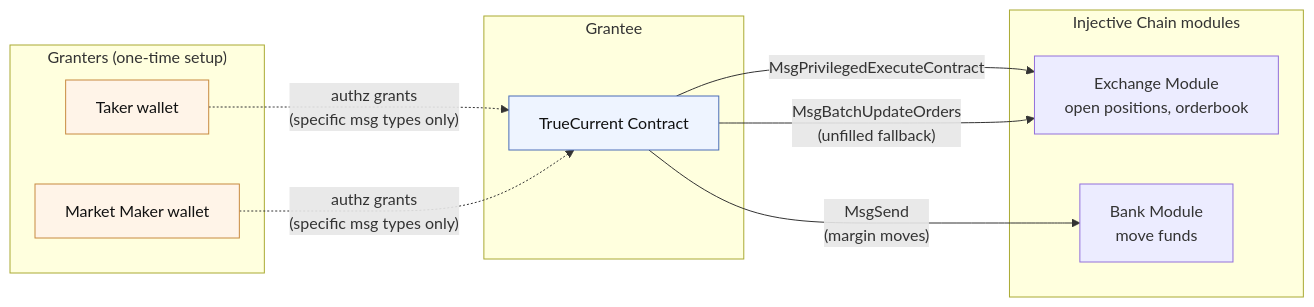
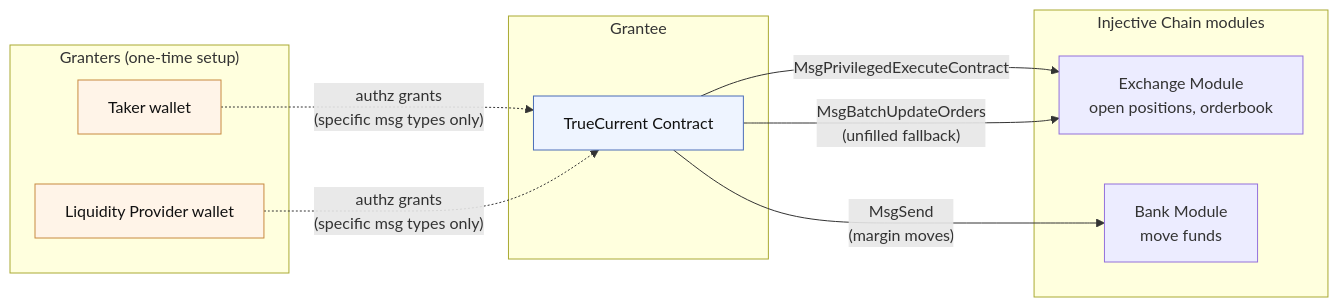
The diagram in mintlify/technical/authz-model.md (TrueCurrent/truecurrent-docs), drawn with Mermaid before and after one commit. The commit also changed 11 other files, not shown here.

Commit message:
docs: 150 convert more references to market makers to liquidity providers

````diff
--- a/mintlify/technical/authz-model.md
+++ b/mintlify/technical/authz-model.md
@@ -15,31 +15,31 @@
 ```mermaid
 flowchart LR
     subgraph Granters ["Granters (one-time setup)"]
         Taker["Taker wallet"]
-        Maker["Market Maker wallet"]
+        Maker["Liquidity Provider wallet"]
     end
 
     subgraph Grantee ["Grantee"]
         Contract["TrueCurrent Contract"]
     end
 
     subgraph Chain ["Injective Chain modules"]
         Exchange["Exchange Module<br/>open positions, orderbook"]
         Bank["Bank Module<br/>move funds"]
     end
 
     Taker -.->|"authz grants<br/>(specific msg types only)"| Contract
     Maker -.->|"authz grants<br/>(specific msg types only)"| Contract
 
     Contract -->|"MsgPrivilegedExecuteContract"| Exchange
     Contract -->|"MsgBatchUpdateOrders<br/>(unfilled fallback)"| Exchange
     Contract -->|"MsgSend<br/>(margin moves)"| Bank
 
     classDef wallet fill:#fff4e8,stroke:#c88a40,color:#111
     classDef contract fill:#eef4ff,stroke:#4a6db8,color:#111
     classDef module fill:#eefbf0,stroke:#3c9c60,color:#111
     class Taker,Maker wallet
     class Contract contract
     class Exchange,Bank Module
 
 ```
````
